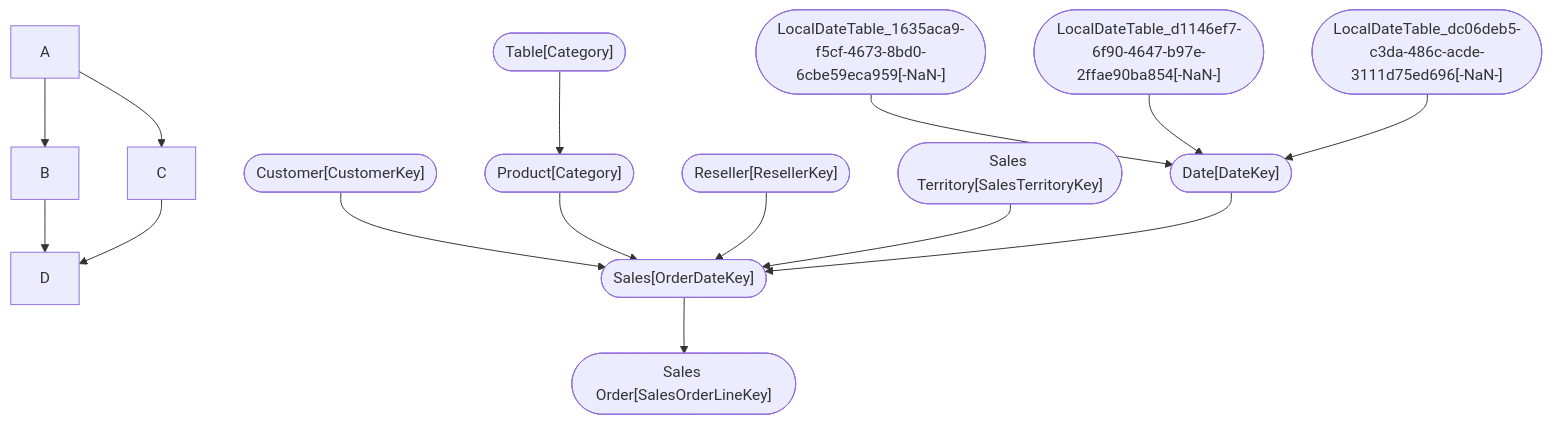
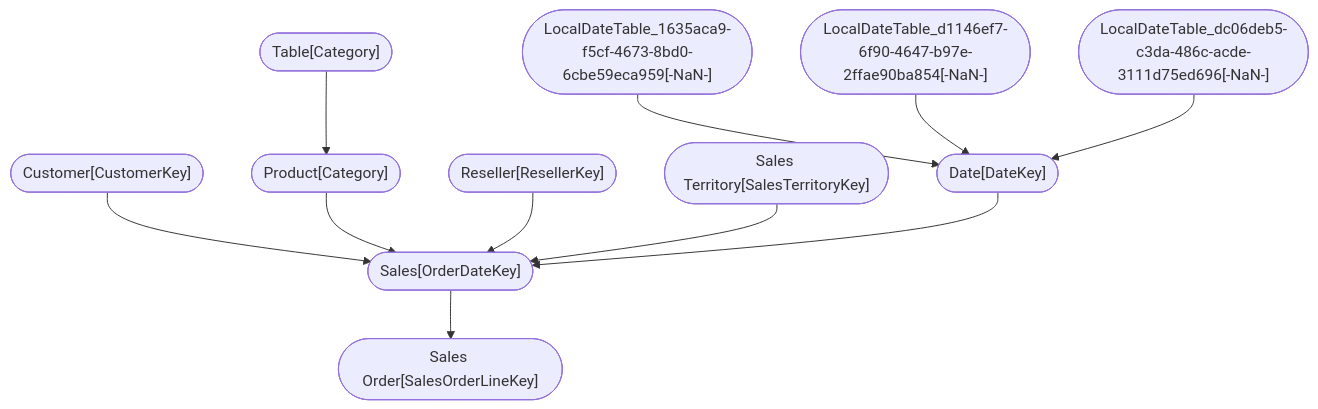
The diagram in tests/output/AdventureWorks_Sales.pbix.md (ZdenekMerka/pbix_doc), drawn with Mermaid before and after one commit. The commit also changed other lines of this file and 1 other file, not shown here.

````diff
--- a/tests/output/AdventureWorks_Sales.pbix.md
+++ b/tests/output/AdventureWorks_Sales.pbix.md
@@ -37,41 +28,37 @@
 ```mermaid
 graph TD;
-    A-->B;
-    A-->C;
-    B-->D;
-    C-->D;
 id186(["LocalDateTable_1635aca9-f5cf-4673-8bd0-6cbe59eca959[-NaN-]"]) --> id183(["Date[Date]"])
 
 
 id189(["LocalDateTable_d1146ef7-6f90-4647-b97e-2ffae90ba854[-NaN-]"]) --> id183(["Date[Month]"])
 
 
 id192(["LocalDateTable_dc06deb5-c3da-486c-acde-3111d75ed696[-NaN-]"]) --> id183(["Date[Full Date]"])
 
 
 id12(["Customer[CustomerKey]"]) --> id805(["Sales[CustomerKey]"])
 
 
 id572(["Product[ProductKey]"]) --> id805(["Sales[ProductKey]"])
 
 
 id690(["Reseller[ResellerKey]"]) --> id805(["Sales[ResellerKey]"])
 
 
 id805(["Sales[SalesOrderLineKey]"]) --> id980(["Sales Order[SalesOrderLineKey]"])
 
 
 id1078(["Sales Territory[SalesTerritoryKey]"]) --> id805(["Sales[SalesTerritoryKey]"])
 
 
 id183(["Date[DateKey]"]) --> id805(["Sales[OrderDateKey]"])
 
 
 
 
 
 
 id3642(["Table[Category]"]) --> id572(["Product[Category]"])
 
 
 ```
````
